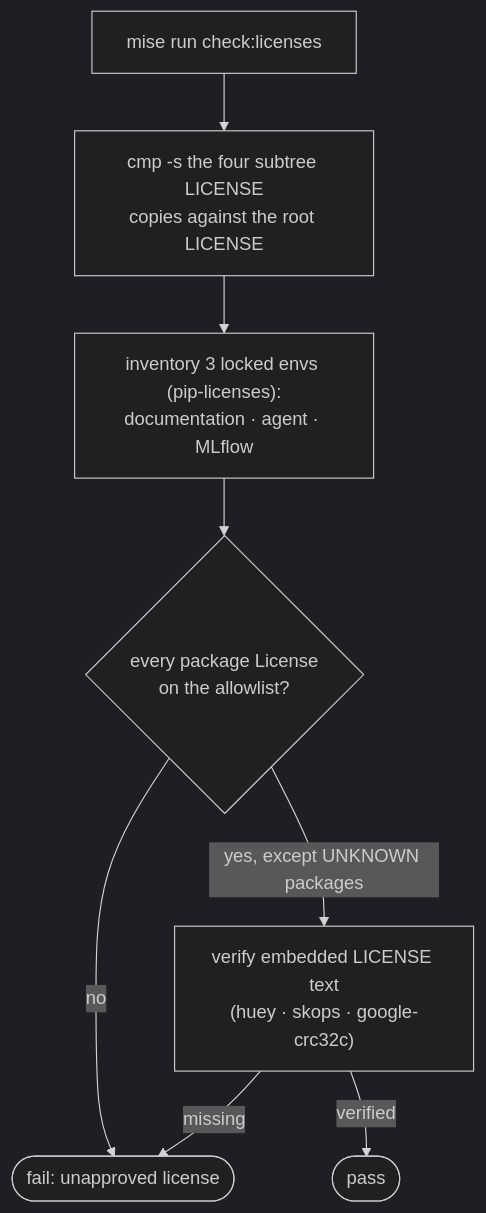
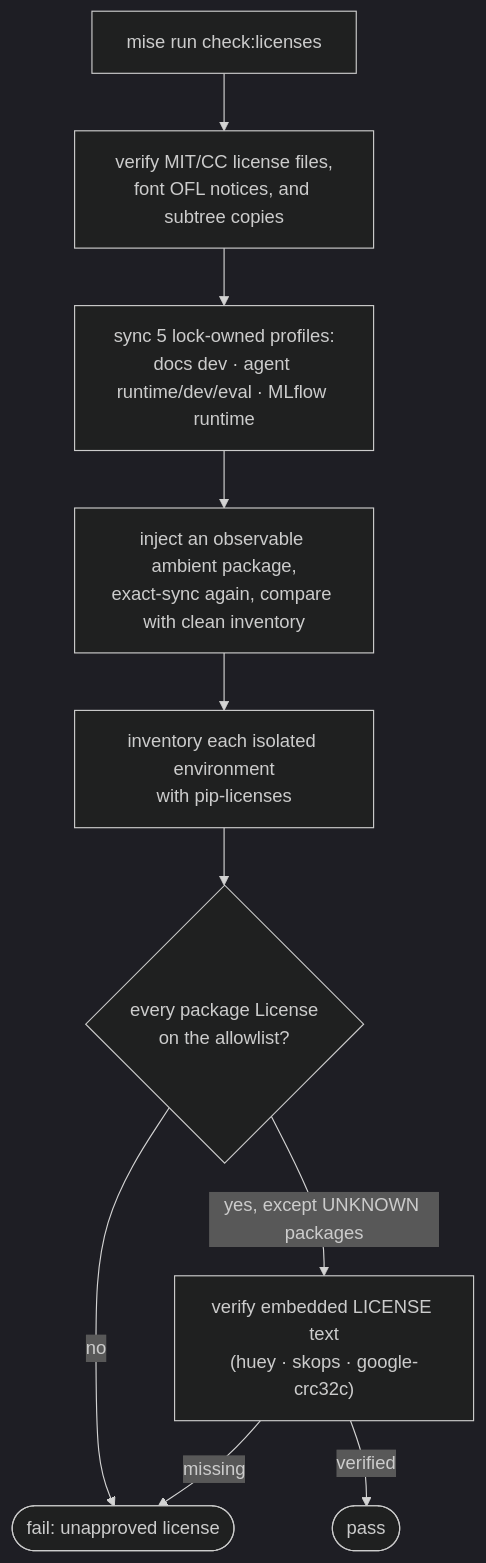
One commit to LuiGGi629/agentops-open-course changed the second of 2 diagrams in docs/8. Community/8.1. License.md. Above: the diagram before and after it, drawn with Mermaid (dark theme). The commit also changed other lines of this file and 160 other files, not shown here.

````diff
--- a/docs/8. Community/8.1. License.md
+++ b/docs/8. Community/8.1. License.md
@@ -111,10 +116,12 @@
 ```mermaid
 flowchart TD
-    A["mise run check:licenses"] --> B["cmp -s the four subtree LICENSE<br/>copies against the root LICENSE"]
-    B --> C["inventory 3 locked envs (pip-licenses):<br/>documentation · agent · MLflow"]
-    C --> D{"every package License<br/>on the allowlist?"}
+    A["mise run check:licenses"] --> B["verify MIT/CC license files,<br/>font OFL notices, and subtree copies"]
+    B --> C["sync 5 lock-owned profiles:<br/>docs dev · agent runtime/dev/eval · MLflow runtime"]
+    C --> C1["inject an observable ambient package,<br/>exact-sync again, compare with clean inventory"]
+    C1 --> C2["inventory each isolated environment<br/>with pip-licenses"]
+    C2 --> D{"every package License<br/>on the allowlist?"}
     D -->|no| F([fail: unapproved license])
     D -->|"yes, except UNKNOWN packages"| E["verify embedded LICENSE text<br/>(huey · skops · google-crc32c)"]
     E -->|missing| F
     E -->|verified| G([pass])
 ```
````
